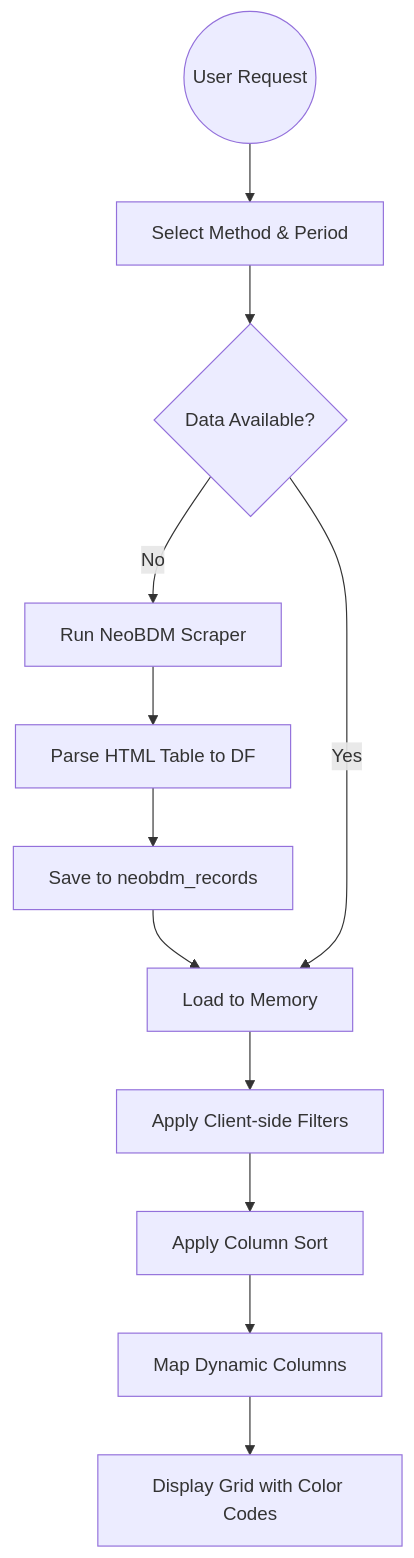
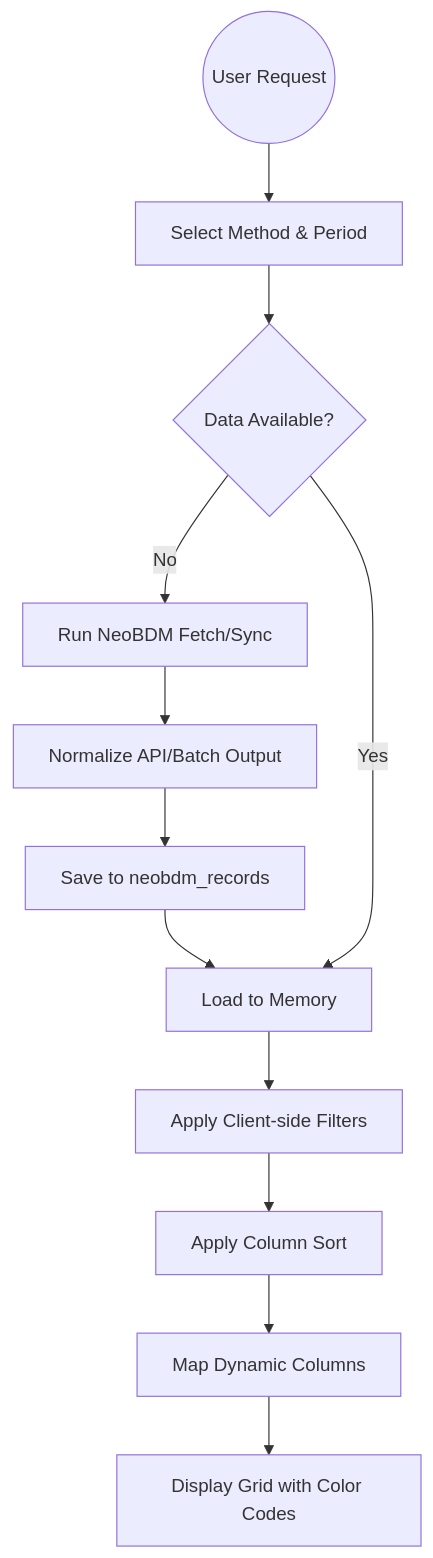
One commit to juanpradana/MarketPulse changed the fifth of 5 diagrams in docs/MARKET_SUMMARY_DOCUMENTATION.md. Above: the diagram before and after it, drawn with Mermaid. The commit also changed other lines of this file and 10 other files, not shown here.

````diff
--- a/docs/MARKET_SUMMARY_DOCUMENTATION.md
+++ b/docs/MARKET_SUMMARY_DOCUMENTATION.md
@@ -150,17 +150,17 @@
 ```mermaid
 flowchart TB
     Start((User Request)) --> Config[Select Method & Period]
     Config --> CheckDB{Data Available?}
     
-    CheckDB -- No --> Scrape[Run NeoBDM Scraper]
-    Scrape --> Parse[Parse HTML Table to DF]
+    CheckDB -- No --> Scrape[Run NeoBDM Fetch/Sync]
+    Scrape --> Parse[Normalize API/Batch Output]
     Parse --> Save[Save to neobdm_records]
     Save --> Logic[Load to Memory]
     
     CheckDB -- Yes --> Logic
     
     Logic --> Filter[Apply Client-side Filters]
     Filter --> Sort[Apply Column Sort]
     Sort --> Map[Map Dynamic Columns]
     Map --> View[Display Grid with Color Codes]
 ```
````
